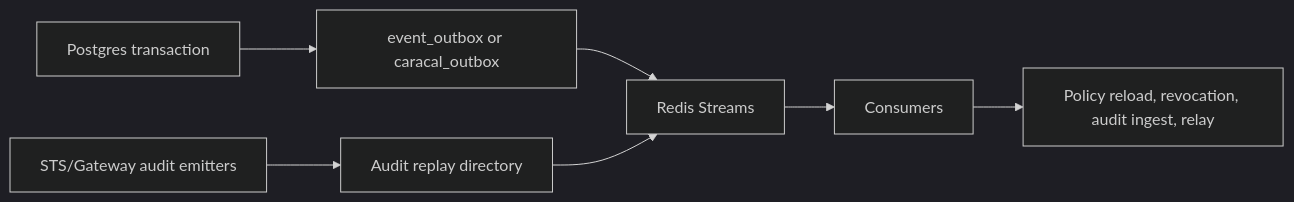
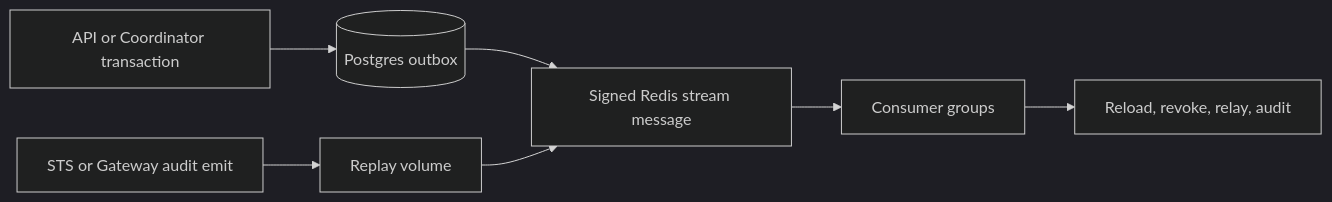
The diagram in docs/src/content/docs/architecture/event-streams.mdx (Garudex-Labs/caracal), drawn with Mermaid (dark theme) before and after one commit. The commit also changed other lines of this file and 6 other files, not shown here.

Commit message:
refactor: enhance documentation for clarity and detail across multiple architecture pages

````diff
--- a/docs/src/content/docs/architecture/event-streams.mdx
+++ b/docs/src/content/docs/architecture/event-streams.mdx
@@ -11,9 +11,9 @@
 ```mermaid
 flowchart LR
-  Tx[Postgres transaction] --> Outbox[event_outbox or caracal_outbox]
-  Outbox --> Redis[Redis Streams]
-  Redis --> Consumers[Consumers]
-  Consumers --> Effects[Policy reload, revocation, audit ingest, relay]
-  Producers[STS/Gateway audit emitters] --> Replay[Audit replay directory]
+  Tx[API or Coordinator transaction] --> Outbox[(Postgres outbox)]
+  Outbox --> Redis[Signed Redis stream message]
+  Redis --> Consumers[Consumer groups]
+  Consumers --> Effects[Reload, revoke, relay, audit]
+  Emit[STS or Gateway audit emit] --> Replay[Replay volume]
   Replay --> Redis
 ```
````
